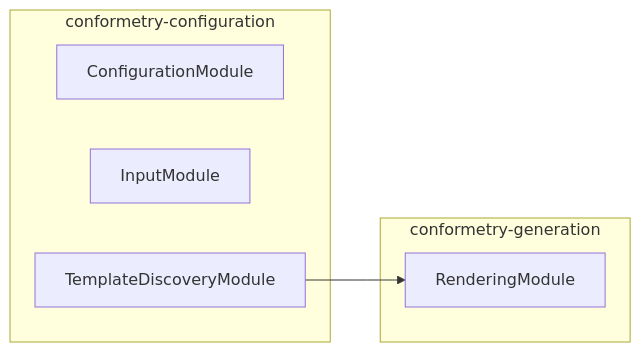
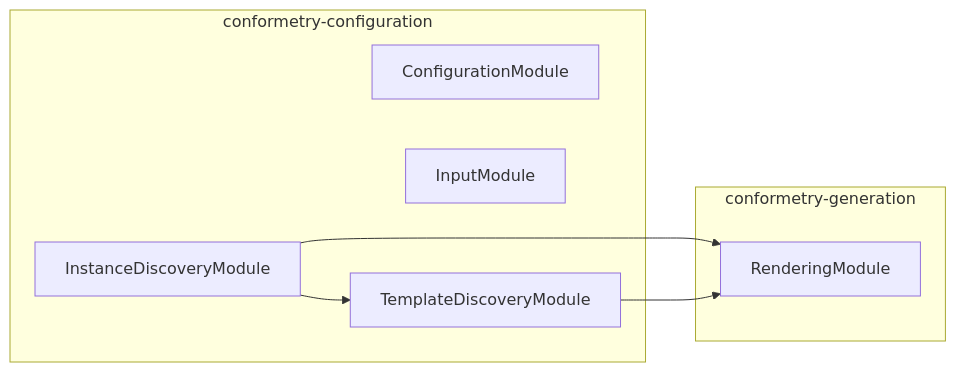
Before and after one commit to JimmyPaolini/codebase: the diagram in packages/conformetry-configuration/AGENTS.md, drawn with Mermaid. The commit also changed 64 other files, not shown here.

Commit message:
refactor(conformetry): ♻️ split discovery into template and instance modules

````diff
--- a/packages/conformetry-configuration/AGENTS.md
+++ b/packages/conformetry-configuration/AGENTS.md
@@ -57,12 +57,15 @@
 ```mermaid
 flowchart LR
   subgraph group0["conformetry-configuration"]
     ConfigurationModule
     InputModule
+    InstanceDiscoveryModule
     TemplateDiscoveryModule
   end
   subgraph group1["conformetry-generation"]
     RenderingModule
   end
+  InstanceDiscoveryModule --> RenderingModule
+  InstanceDiscoveryModule --> TemplateDiscoveryModule
   TemplateDiscoveryModule --> RenderingModule
 ```
````
